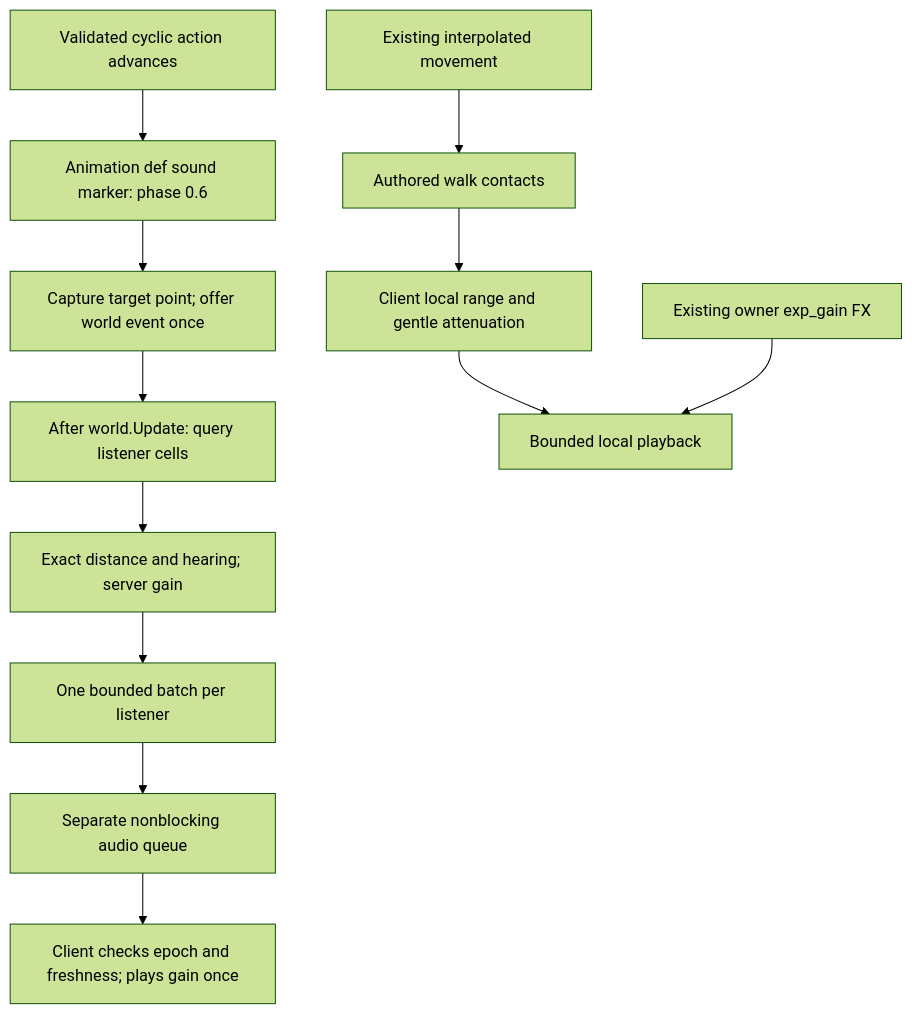
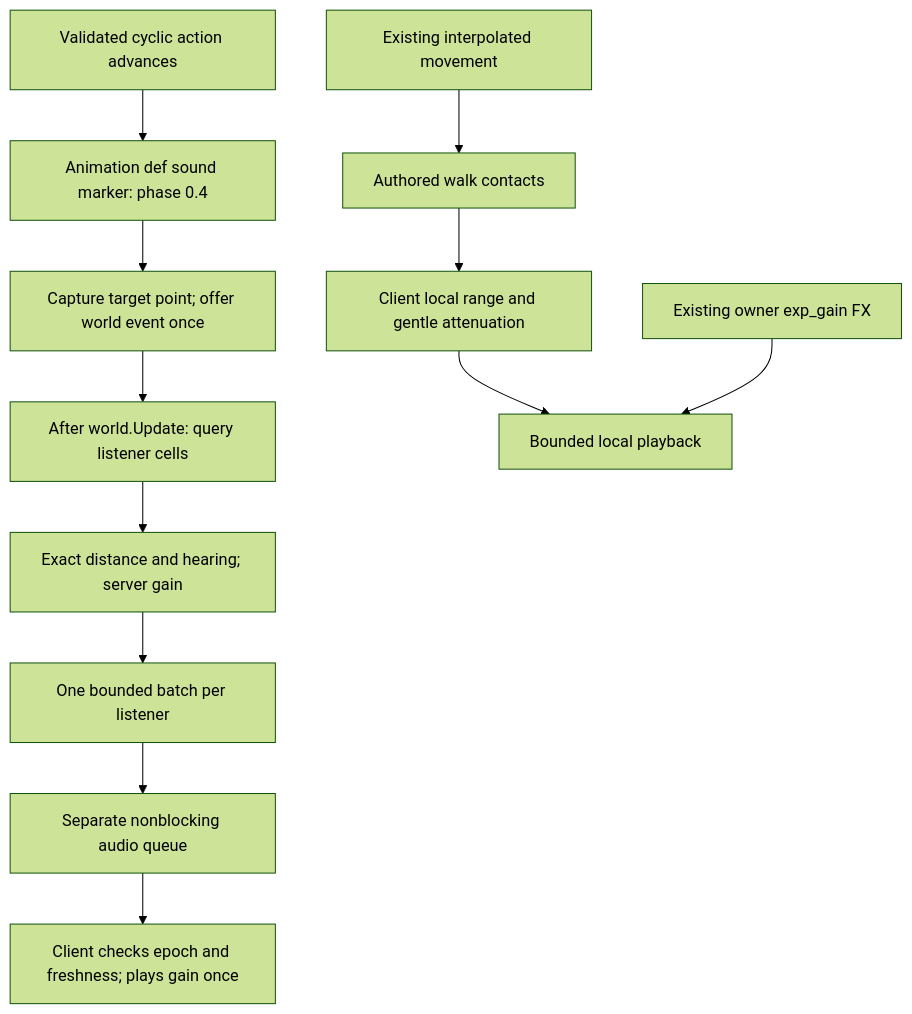
Before and after one commit to arksu/origin_go: the diagram in docs/prd/sound_event_spatial_audio_refactor.md, drawn with Mermaid (forest theme). The commit also changed other lines of this file and 17 other files, not shown here.

````diff
--- a/docs/prd/sound_event_spatial_audio_refactor.md
+++ b/docs/prd/sound_event_spatial_audio_refactor.md
@@ -36,14 +36,14 @@
 ```mermaid
 flowchart TD
-    A[Validated cyclic action advances] --> B[Animation def sound marker: phase 0.6]
+    A[Validated cyclic action advances] --> B[Animation def sound marker: phase 0.4]
     B --> C[Capture target point; offer world event once]
     C --> D[After world.Update: query listener cells]
     D --> E[Exact distance and hearing; server gain]
     E --> F[One bounded batch per listener]
     F --> G[Separate nonblocking audio queue]
     G --> H[Client checks epoch and freshness; plays gain once]
     I[Existing interpolated movement] --> J[Authored walk contacts]
     J --> K[Client local range and gentle attenuation]
     K --> L[Bounded local playback]
     M[Existing owner exp_gain FX] --> L
 ```
````
